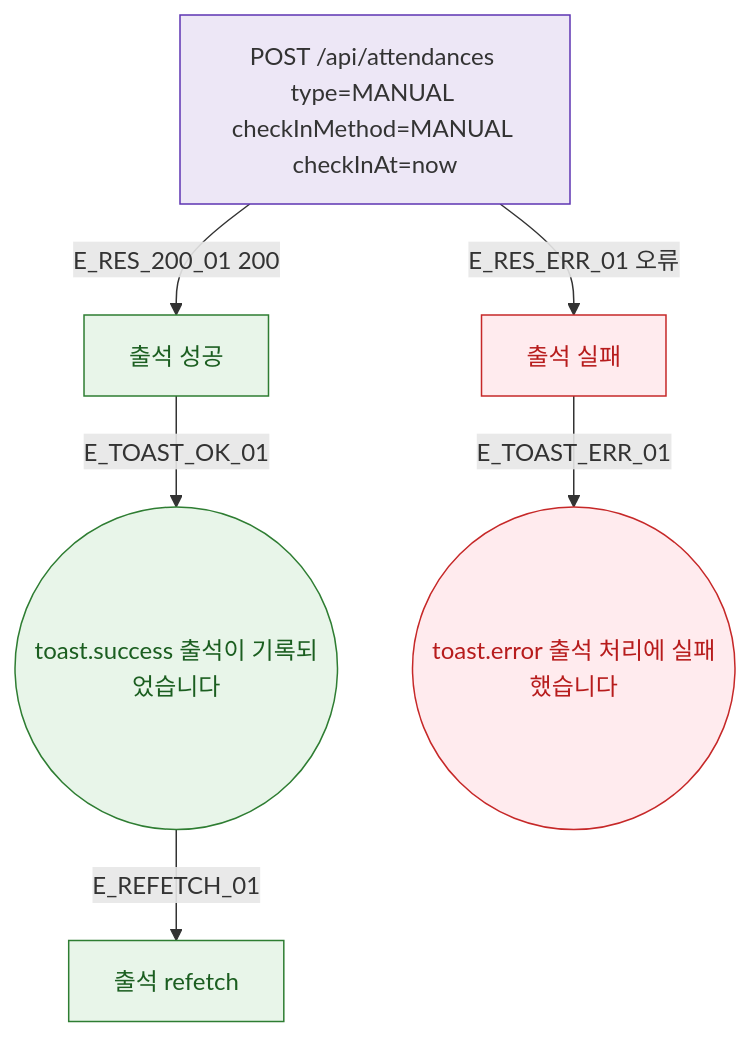
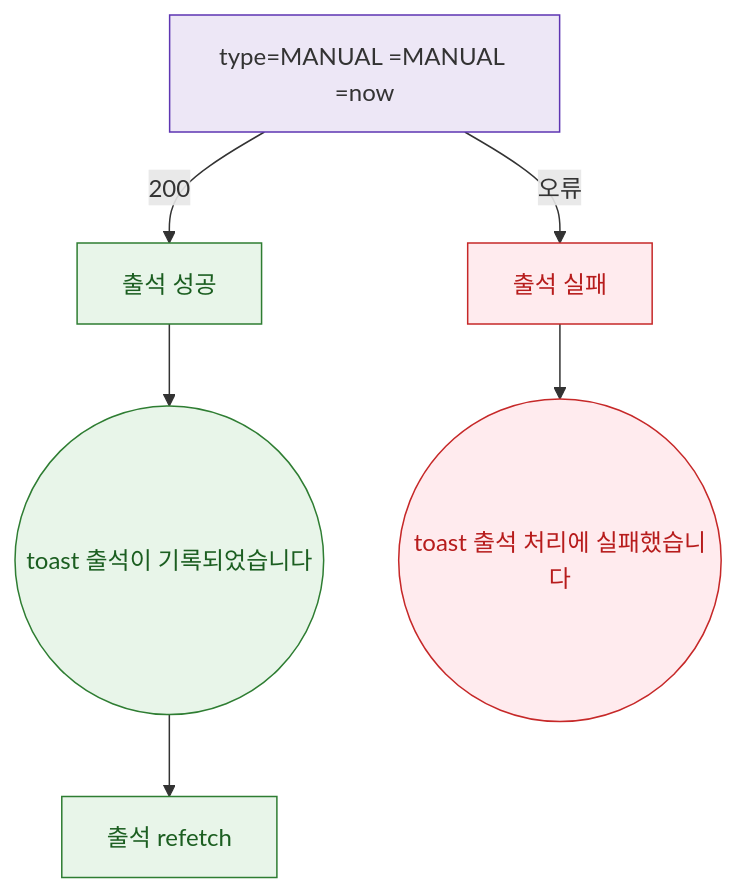
The diagram in docs/다이어그램/D02_회원관리/DLG/DLG-M022_수동출석/M3_결과분기.md (dev-spogym/admin-pando), drawn with Mermaid before and after one commit. The commit also changed other lines of this file and 1660 other files, not shown here.

First line of the commit message:
다이어그램: 기획자/클라이언트 납품본으로 정리

````diff
--- a/docs/다이어그램/D02_회원관리/DLG/DLG-M022_수동출석/M3_결과분기.md
+++ b/docs/다이어그램/D02_회원관리/DLG/DLG-M022_수동출석/M3_결과분기.md
@@ -22,20 +20,20 @@
 ```mermaid
 flowchart TD
-  API[POST /api/attendances type=MANUAL checkInMethod=MANUAL checkInAt=now]
+  API[type=MANUAL =MANUAL =now]
 
-  API -->|E_RES_200_01 200| SUCCESS[출석 성공]
-  API -->|E_RES_ERR_01 오류| FAIL[출석 실패]
+  API -->|200|SUCCESS[출석 성공]
+  API -->|오류|FAIL[출석 실패]
 
-  SUCCESS -->|E_TOAST_OK_01| TOAST_OK((toast.success 출석이 기록되었습니다))
-  TOAST_OK -->|E_REFETCH_01| REFETCH[출석 refetch]
+  SUCCESS --> TOAST_OK((toast 출석이 기록되었습니다))
+  TOAST_OK --> REFETCH[출석 refetch]
 
-  FAIL -->|E_TOAST_ERR_01| TOAST_ERR((toast.error 출석 처리에 실패했습니다))
+  FAIL --> TOAST_ERR((toast 출석 처리에 실패했습니다))
 
   classDef success fill:#E8F5E9,stroke:#2E7D32,color:#1B5E20
-  classDef error   fill:#FFEBEE,stroke:#C62828,color:#B71C1C
-  classDef system  fill:#EDE7F6,stroke:#5E35B2
+  classDef error fill:#FFEBEE,stroke:#C62828,color:#B71C1C
+  classDef system fill:#EDE7F6,stroke:#5E35B2
 
   class SUCCESS,TOAST_OK,REFETCH success
   class FAIL,TOAST_ERR error
   class API system
 ```
````
